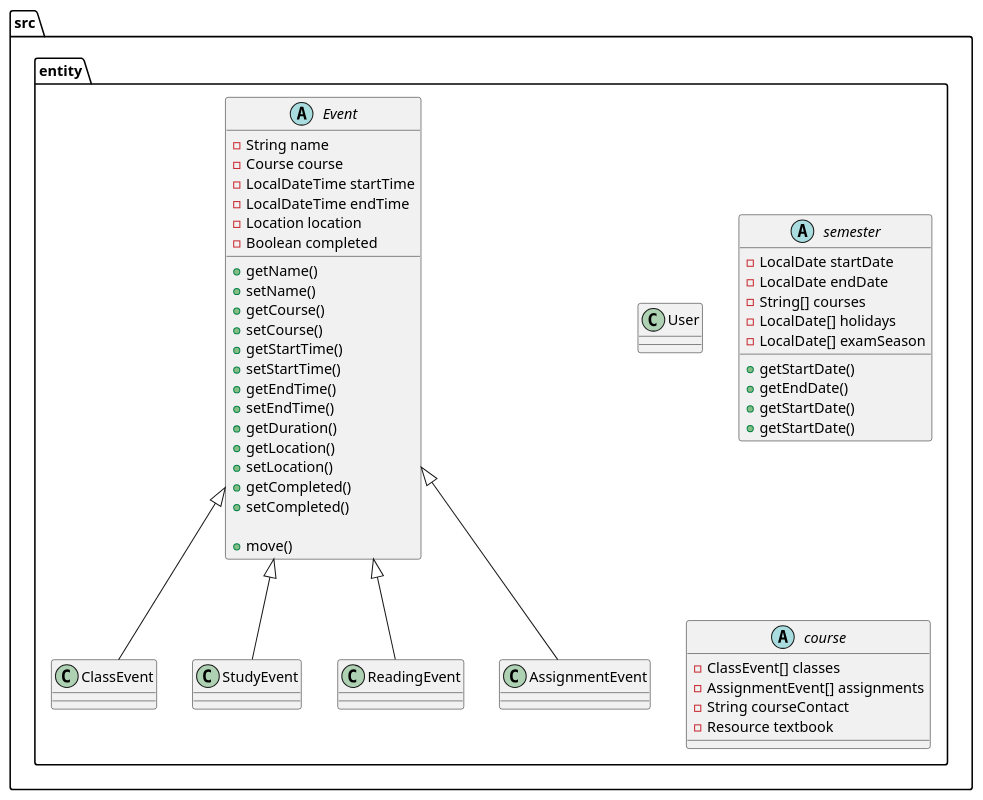
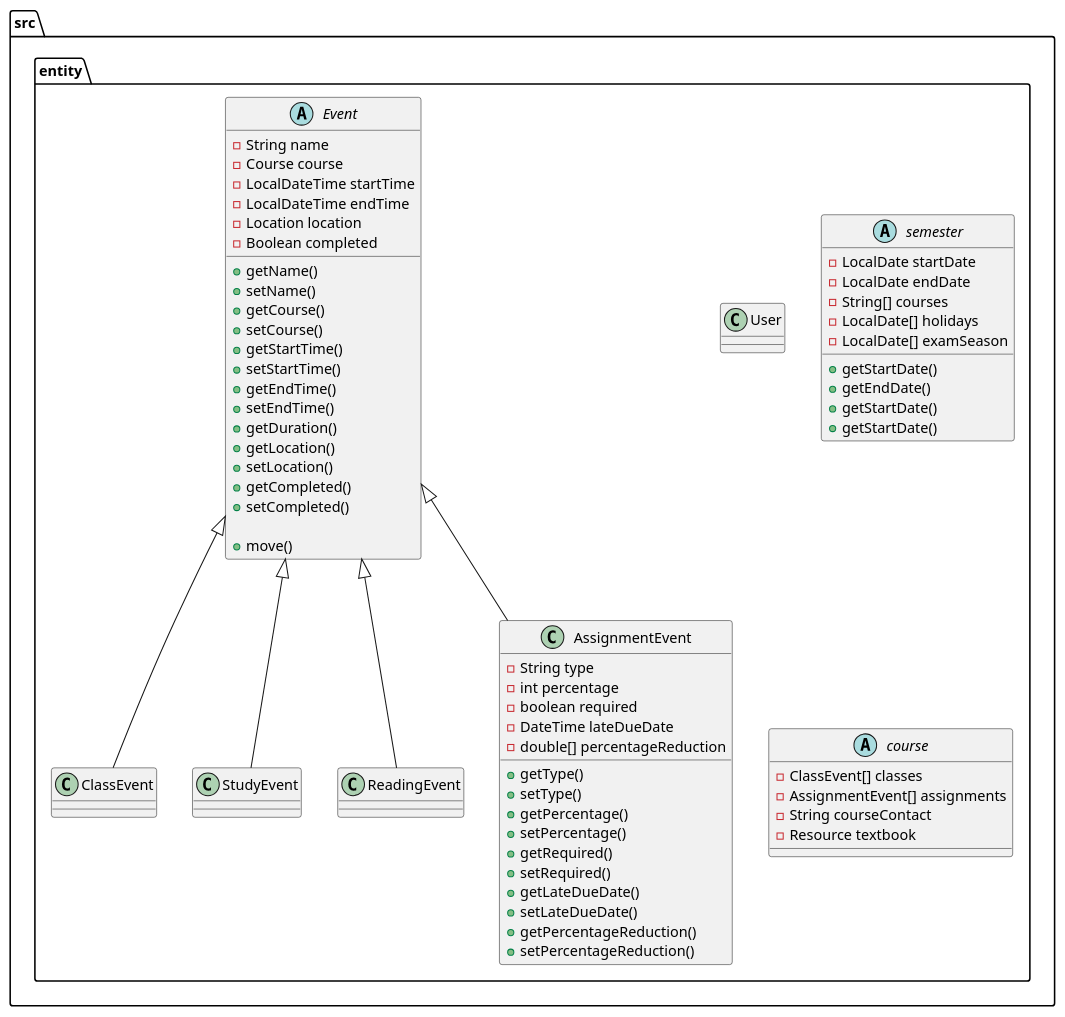
The diagram in DESIGN.puml (Rafiah-n/AcademiCal), drawn with PlantUML before and after one commit.

Commit message:
Modified AssignmentEvent.

```diff
--- a/DESIGN.puml
+++ b/DESIGN.puml
@@ -1,78 +1,93 @@
 @startuml
 
 folder src {
 
     folder entity {
 
         abstract Event {
             -String name
             -Course course
             -LocalDateTime startTime
             -LocalDateTime endTime
             -Location location
             -Boolean completed
 
             +getName()
             +setName()
             +getCourse()
             +setCourse()
             +getStartTime()
             +setStartTime()
             +getEndTime()
             +setEndTime()
             +getDuration()
             +getLocation()
             +setLocation()
             +getCompleted()
             +setCompleted()
 
             +move()  /' Moves start and end times in unison '/
         }
 
         class ClassEvent extends Event {
 
         }
 
         class StudyEvent extends Event {
 
         }
 
         class ReadingEvent extends Event {
 
         }
 
         class AssignmentEvent extends Event {
+            - String type
+            - int percentage
+            - boolean required
+            - DateTime lateDueDate
+            - double[] percentageReduction
 
+            + getType()
+            + setType()
+            + getPercentage()
+            + setPercentage()
+            + getRequired()
+            + setRequired()
+            + getLateDueDate()
+            + setLateDueDate()
+            + getPercentageReduction()
+            + setPercentageReduction()
         }
 
         class User {
             ' Unimplemented for now
         }
 
         abstract semester{
          - LocalDate startDate
          - LocalDate endDate
          - String[] courses
          - LocalDate[] holidays
          - LocalDate[] examSeason
 
          + getStartDate()
          + getEndDate()
          + getStartDate()
          + getStartDate()
 
         }
 
         abstract course {
         - ClassEvent[] classes
         - AssignmentEvent[] assignments
         - String courseContact
         - Resource textbook
 
         }
 
     }  /' folder entity '/
 
 }  /' folder src '/
 
 @enduml
```
